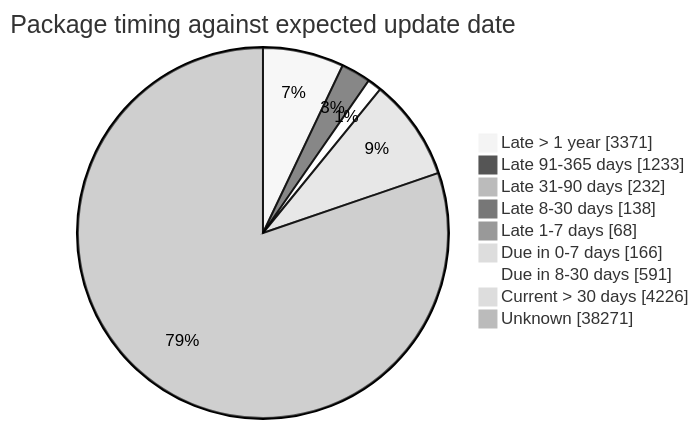
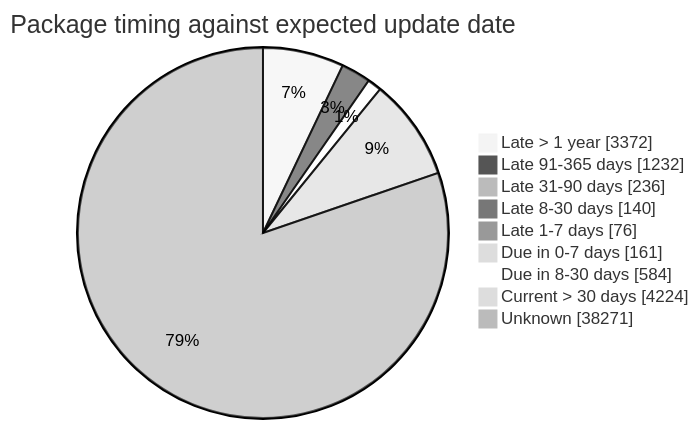
One commit to open-data/analytics-corporate-reporting changed the fourth of 5 diagrams in FreshCheck/README.md. Above: the diagram before and after it, drawn with Mermaid (neutral theme). The commit also changed other lines of this file and 3 other files, not shown here.

````diff
--- a/FreshCheck/README.md
+++ b/FreshCheck/README.md
@@ -86,12 +86,12 @@
 ```mermaid
 pie showData title Package timing against expected update date
-    "Late > 1 year": 3371
-    "Late 91-365 days": 1233
-    "Late 31-90 days": 232
-    "Late 8-30 days": 138
-    "Late 1-7 days": 68
-    "Due in 0-7 days": 166
-    "Due in 8-30 days": 591
-    "Current > 30 days": 4226
+    "Late > 1 year": 3372
+    "Late 91-365 days": 1232
+    "Late 31-90 days": 236
+    "Late 8-30 days": 140
+    "Late 1-7 days": 76
+    "Due in 0-7 days": 161
+    "Due in 8-30 days": 584
+    "Current > 30 days": 4224
     "Unknown": 38271
 ```
````
